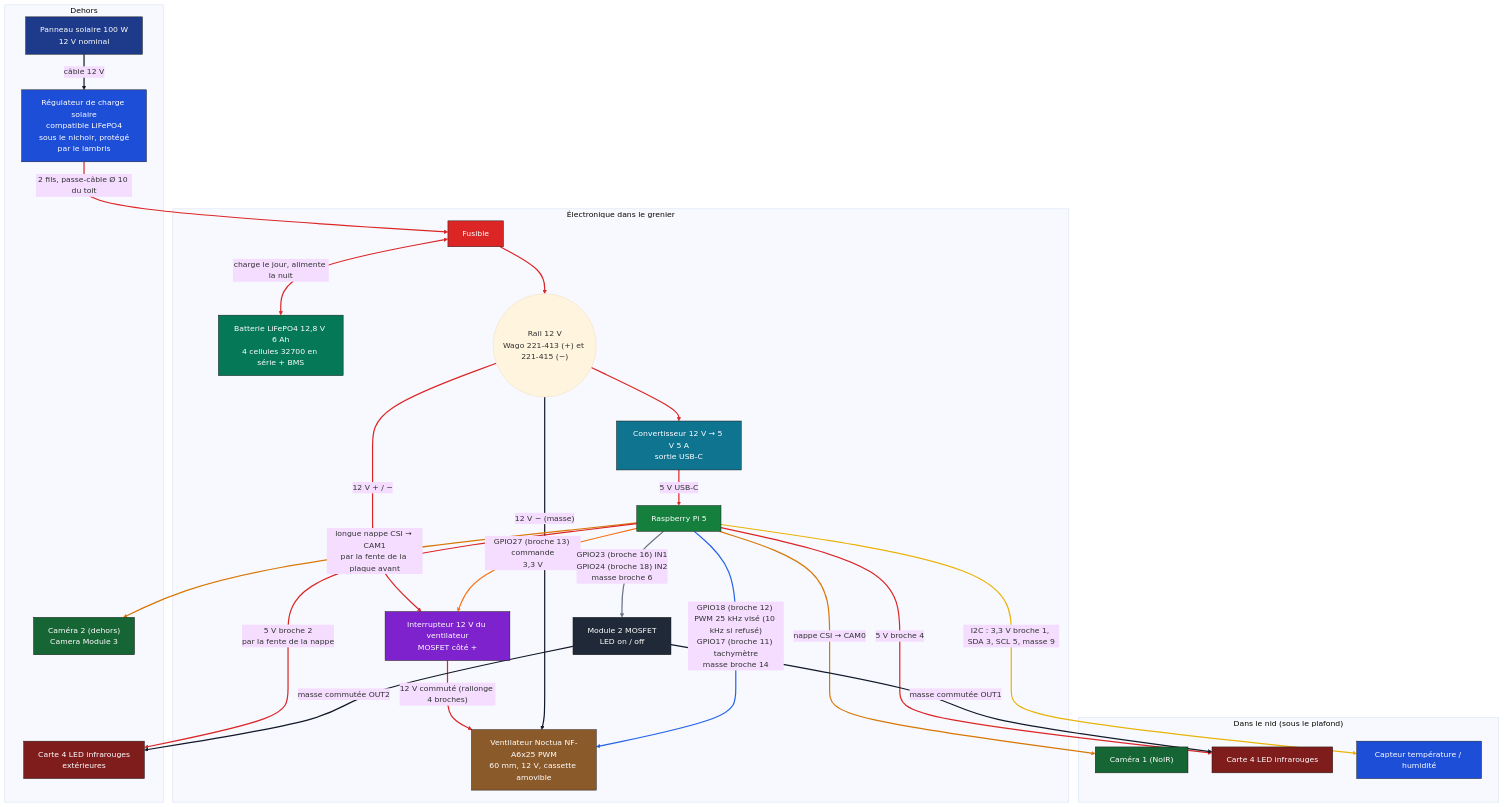
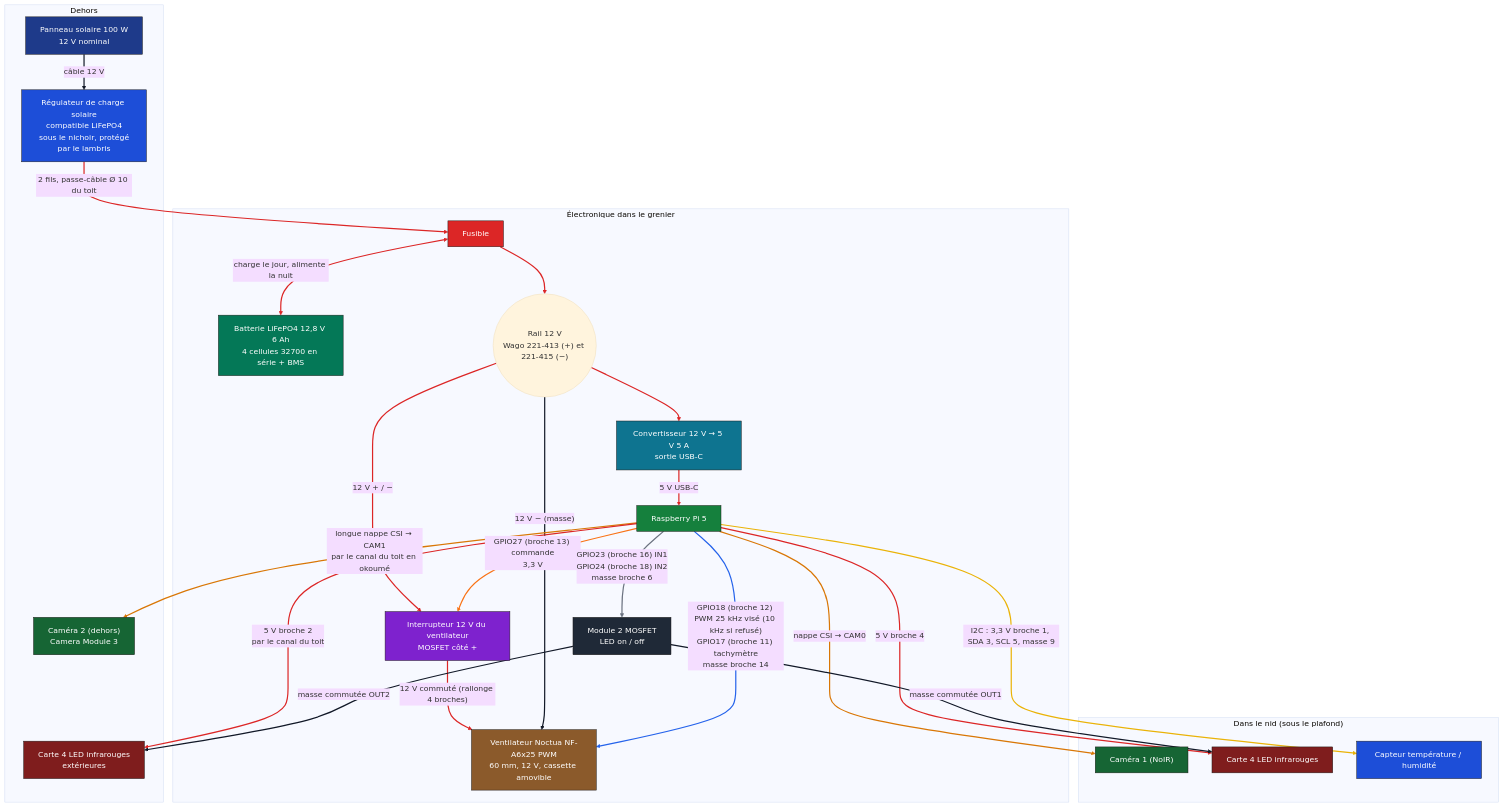
The diagram in docs/schema-electronique.md (mathieujullien77190/birds), drawn with Mermaid (base theme) before and after one commit. The commit also changed other lines of this file and 31 other files, not shown here.

```diff
--- a/docs/schema-electronique.md
+++ b/docs/schema-electronique.md
@@ -39,10 +39,10 @@
   PI -->|"GPIO27 (broche 13) commande<br/>3,3 V"| SWF
   PI -->|"GPIO18 (broche 12) PWM 25 kHz visé (10 kHz si refusé)<br/>GPIO17 (broche 11) tachymètre<br/>masse broche 14"| FAN
   PI -->|"nappe CSI → CAM0"| CAM1
-  PI -->|"longue nappe CSI → CAM1<br/>par la fente de la plaque avant"| CAM2
+  PI -->|"longue nappe CSI → CAM1<br/>par le canal du toit en okoumé"| CAM2
   PI -->|"GPIO23 (broche 16) IN1<br/>GPIO24 (broche 18) IN2<br/>masse broche 6"| SW
   PI -->|"5 V broche 4"| IR
-  PI -->|"5 V broche 2<br/>par la fente de la nappe"| IR2
+  PI -->|"5 V broche 2<br/>par le canal du toit"| IR2
   SW -->|"masse commutée OUT1"| IR
   SW -->|"masse commutée OUT2"| IR2
   PI -->|"I2C : 3,3 V broche 1, SDA 3, SCL 5, masse 9"| SENS
```
